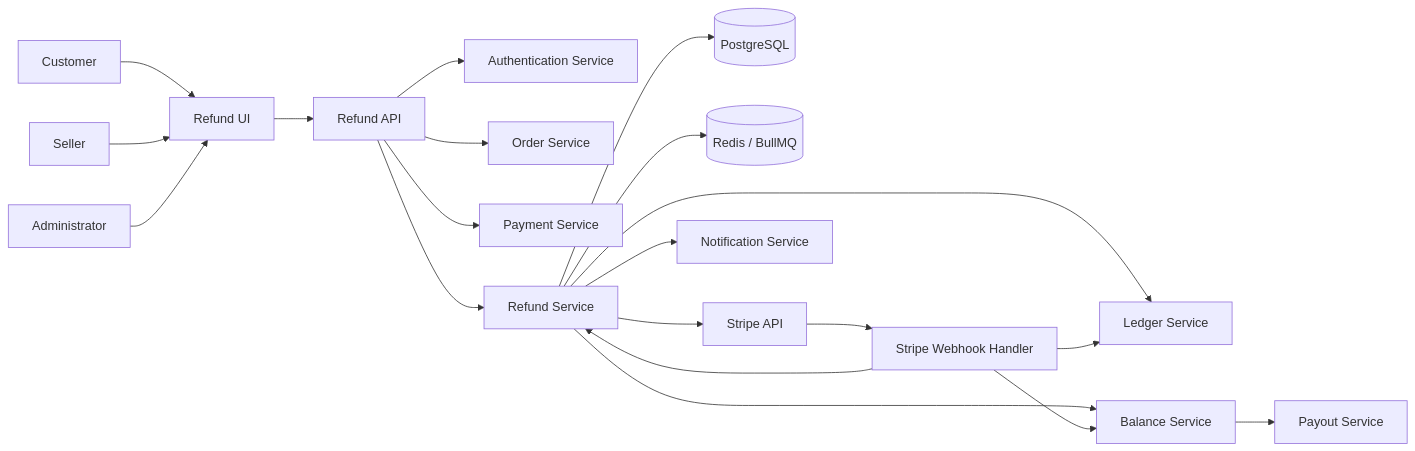
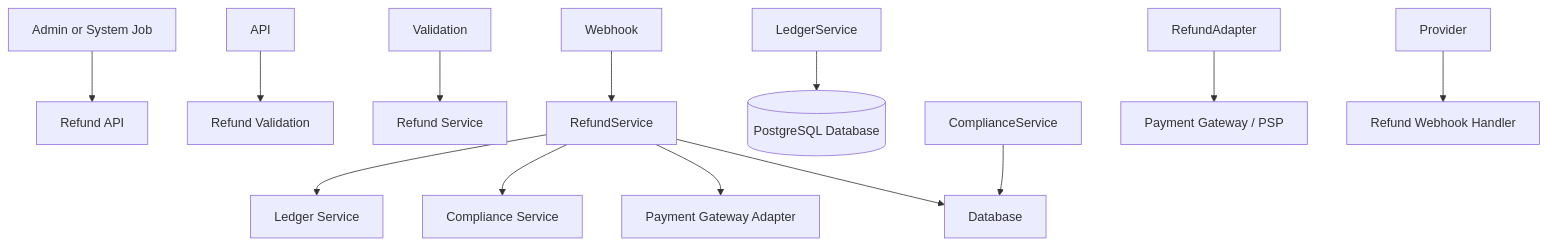
Before and after one commit to ValelethiaJohnson/enterprise-refund-engine: the diagram in README.md, drawn with Mermaid. The commit also changed other lines of this file, not shown here.

````diff
--- a/README.md
+++ b/README.md
@@ -126,27 +53,18 @@
 ```mermaid
-flowchart LR
-    C[Customer] --> UI[Refund UI]
-    S[Seller] --> UI
-    A[Administrator] --> UI
+flowchart TD
+    Admin\[Admin or System Job] --> API\[Refund API]
+    API --> Validation\[Refund Validation]
+    Validation --> RefundService\[Refund Service]
 
-    UI --> API[Refund API]
+    RefundService --> LedgerService\[Ledger Service]
+    RefundService --> ComplianceService\[Compliance Service]
+    RefundService --> RefundAdapter\[Payment Gateway Adapter]
 
-    API --> AUTH[Authentication Service]
-    API --> ORDER[Order Service]
-    API --> PAYMENT[Payment Service]
-    API --> REFUND[Refund Service]
+    LedgerService --> Database\[(PostgreSQL Database)]
+    ComplianceService --> Database
+    RefundService --> Database
 
-    REFUND --> DB[(PostgreSQL)]
-    REFUND --> QUEUE[(Redis / BullMQ)]
-    REFUND --> STRIPE[Stripe API]
-    REFUND --> LEDGER[Ledger Service]
-    REFUND --> BALANCE[Balance Service]
-    REFUND --> NOTIFY[Notification Service]
-
-    STRIPE --> WEBHOOK[Stripe Webhook Handler]
-    WEBHOOK --> REFUND
-    WEBHOOK --> LEDGER
-    WEBHOOK --> BALANCE
-
-    BALANCE --> PAYOUT[Payout Service]
+    RefundAdapter --> Provider\[Payment Gateway / PSP]
+    Provider --> Webhook\[Refund Webhook Handler]
+    Webhook --> RefundService
 ```
````
